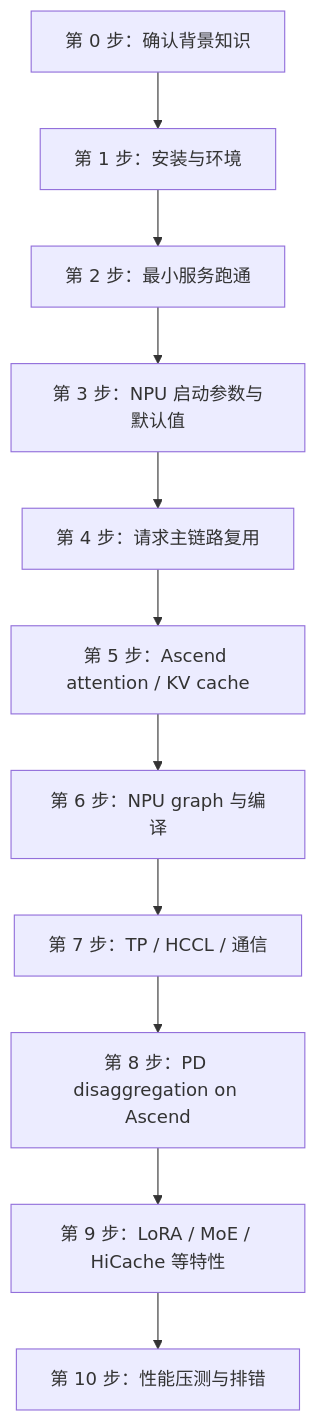
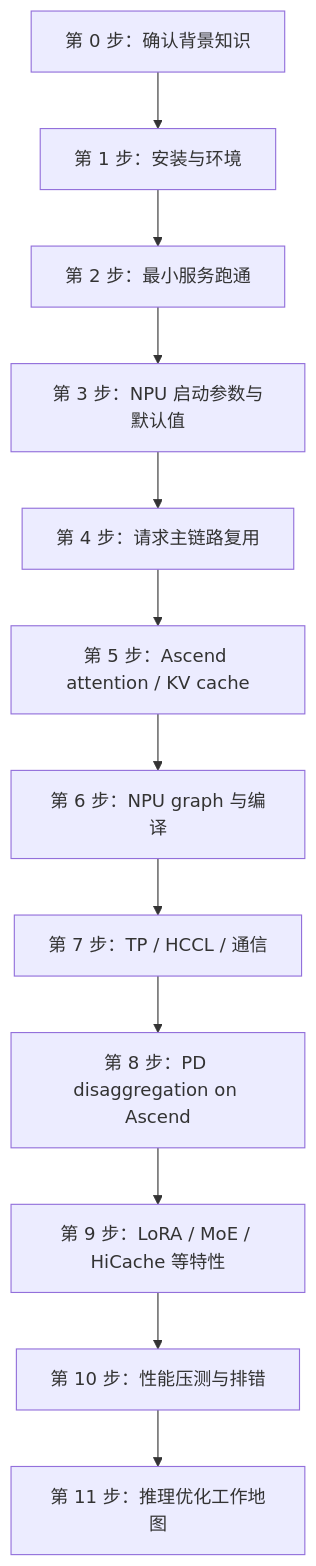
One commit to cl-vv-h/SGLang_Tutor changed the first of 7 diagrams in learning/sglang-ascend-npu/README.md. Above: the diagram before and after it, drawn with Mermaid. The commit also changed other lines of this file and 1 other file, not shown here.

````diff
--- a/learning/sglang-ascend-npu/README.md
+++ b/learning/sglang-ascend-npu/README.md
@@ -13,13 +13,14 @@
 ```mermaid
 flowchart TD
   A["第 0 步：确认背景知识"] --> B["第 1 步：安装与环境"]
   B --> C["第 2 步：最小服务跑通"]
   C --> D["第 3 步：NPU 启动参数与默认值"]
   D --> E["第 4 步：请求主链路复用"]
   E --> F["第 5 步：Ascend attention / KV cache"]
   F --> G["第 6 步：NPU graph 与编译"]
   G --> H["第 7 步：TP / HCCL / 通信"]
   H --> I["第 8 步：PD disaggregation on Ascend"]
   I --> J["第 9 步：LoRA / MoE / HiCache 等特性"]
   J --> K["第 10 步：性能压测与排错"]
+  K --> L["第 11 步：推理优化工作地图"]
 ```
````
